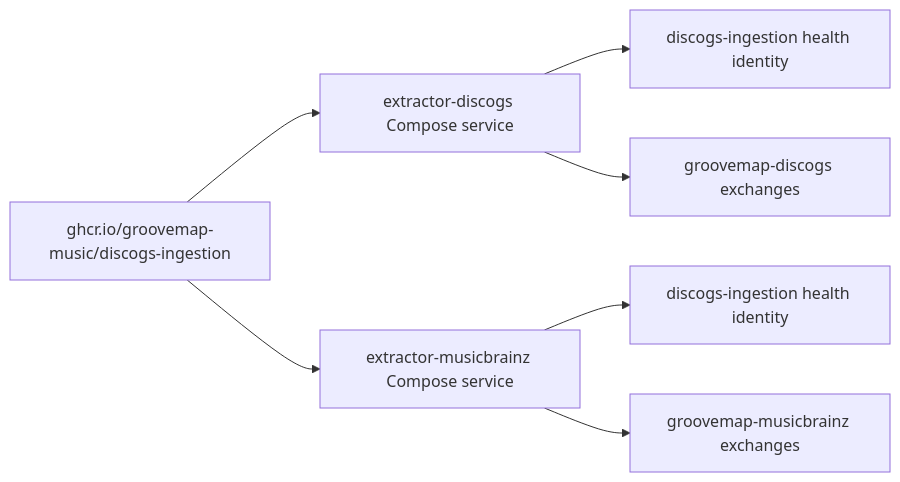
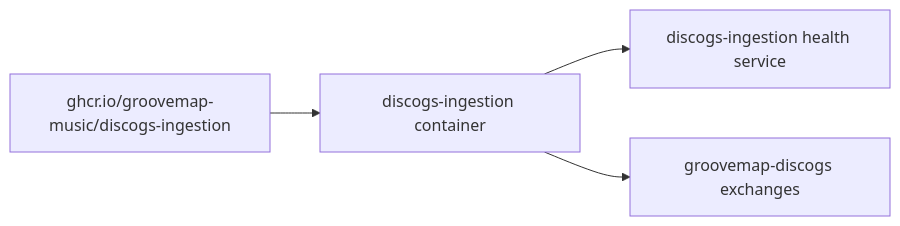
Before and after one commit to groovemap-music/catalog-ingestion: the diagram in docs/runtime-identity.md, drawn with Mermaid. The commit also changed other lines of this file and 6 other files, not shown here.

Commit message:
docs(discogs): finalize provider repository identity

````diff
--- a/docs/runtime-identity.md
+++ b/docs/runtime-identity.md
@@ -8,9 +6,6 @@
 ```mermaid
 flowchart LR
-    I[ghcr.io/groovemap-music/discogs-ingestion] --> D[extractor-discogs Compose service]
-    I --> M[extractor-musicbrainz Compose service]
-    D --> H1[discogs-ingestion health identity]
-    M --> H2[discogs-ingestion health identity]
-    D --> Q1[groovemap-discogs exchanges]
-    M --> Q2[groovemap-musicbrainz exchanges]
+    I[ghcr.io/groovemap-music/discogs-ingestion] --> C[discogs-ingestion container]
+    C --> H[discogs-ingestion health service]
+    C --> Q[groovemap-discogs exchanges]
 ```
````
